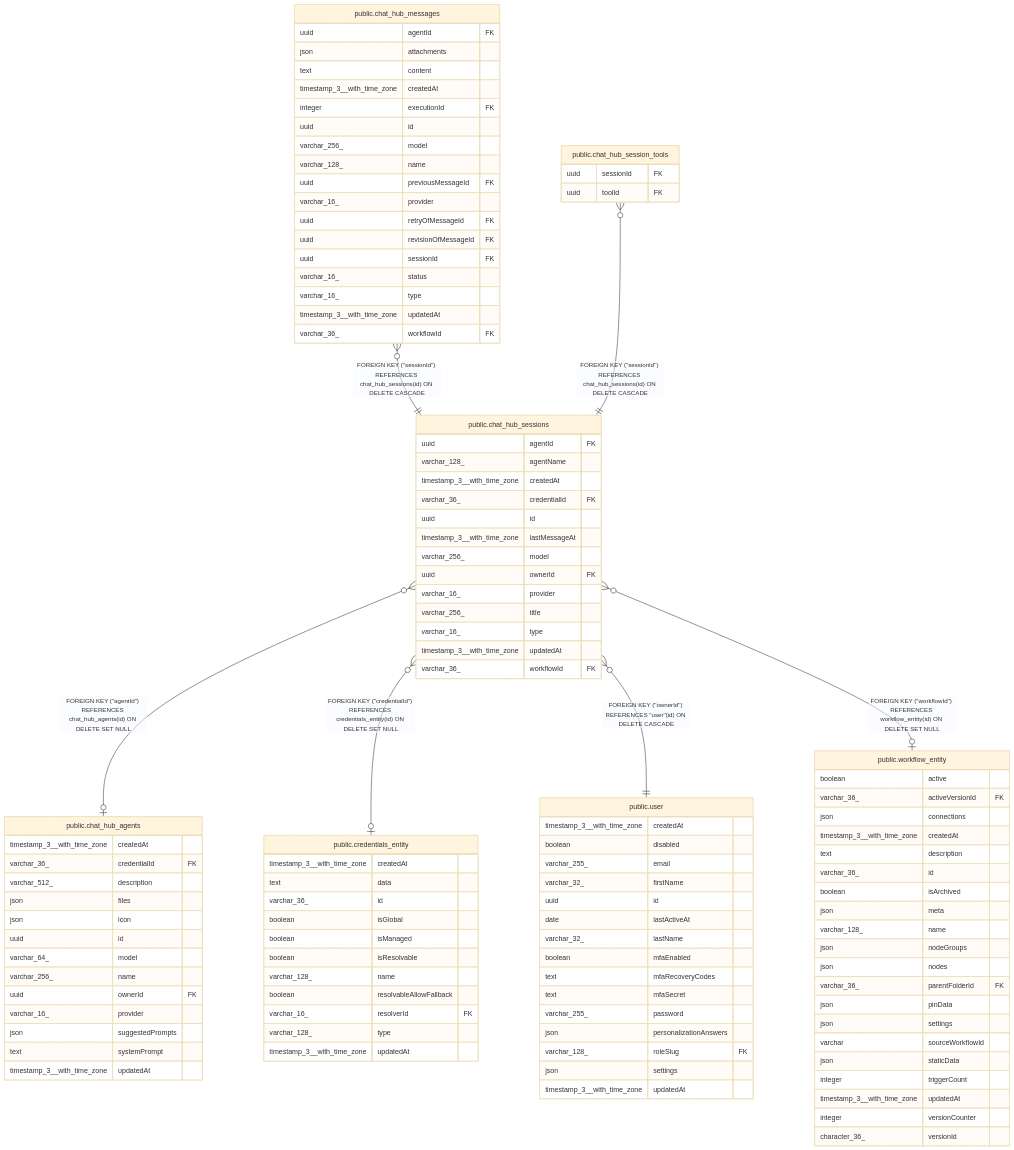
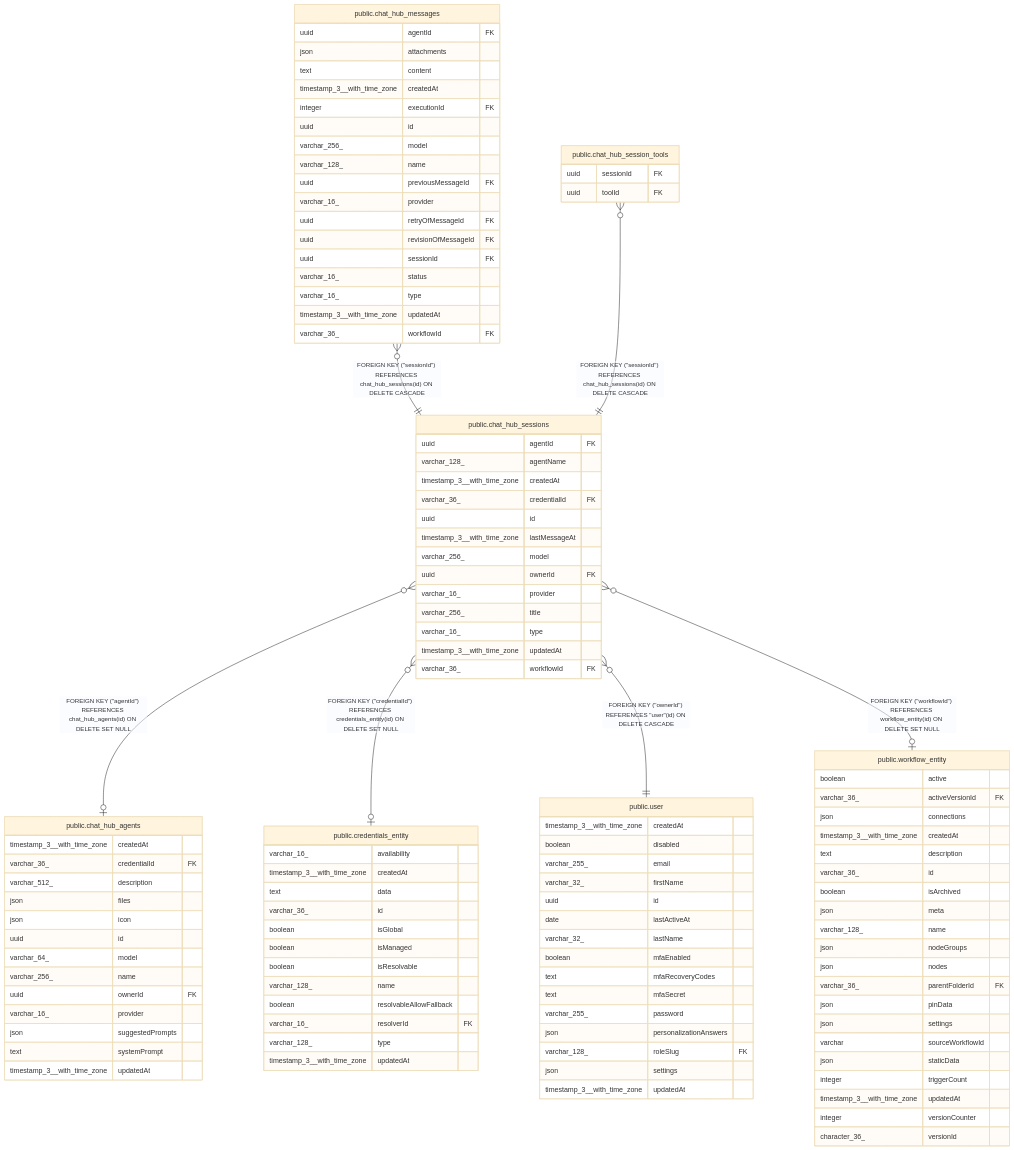
Before and after one commit to mayankjain1815-commits/n8n: the diagram in docs/generated/postgres-schema/public.chat_hub_sessions.md, drawn with Mermaid (base theme). The commit also changed 61 other files, not shown here.

```diff
--- a/docs/generated/postgres-schema/public.chat_hub_sessions.md
+++ b/docs/generated/postgres-schema/public.chat_hub_sessions.md
@@ -86,6 +86,7 @@
   timestamp_3__with_time_zone updatedAt
 }
 "public.credentials_entity" {
+  varchar_16_ availability
   timestamp_3__with_time_zone createdAt
   text data
   varchar_36_ id
```
